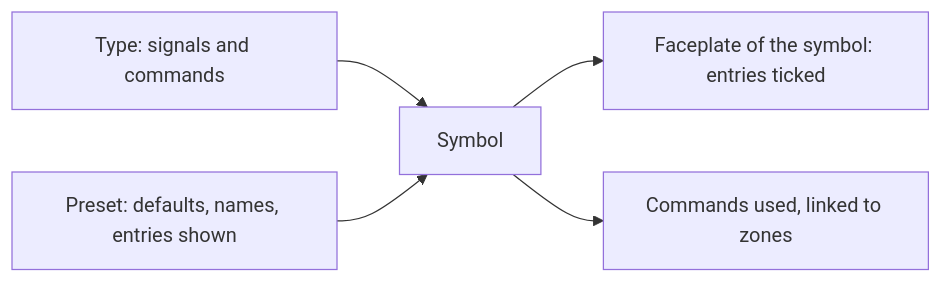
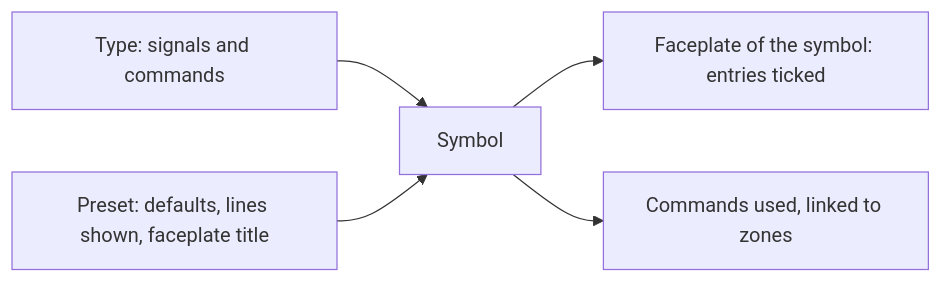
The diagram in symbols/02-type-and-faceplate.md (AlexandreGallais/synoptic-studio-spec), drawn with Mermaid before and after one commit. The commit also changed other lines of this file and 15 other files, not shown here.

````diff
--- a/symbols/02-type-and-faceplate.md
+++ b/symbols/02-type-and-faceplate.md
@@ -18,7 +18,7 @@
 ```mermaid
 flowchart LR
     TY["Type: signals and commands"] --> SY["Symbol"]
-    PR["Preset: defaults, names, entries shown"] --> SY
+    PR["Preset: defaults, lines shown, faceplate title"] --> SY
     SY --> FP["Faceplate of the symbol: entries ticked"]
     SY --> CM["Commands used, linked to zones"]
 ```
````
